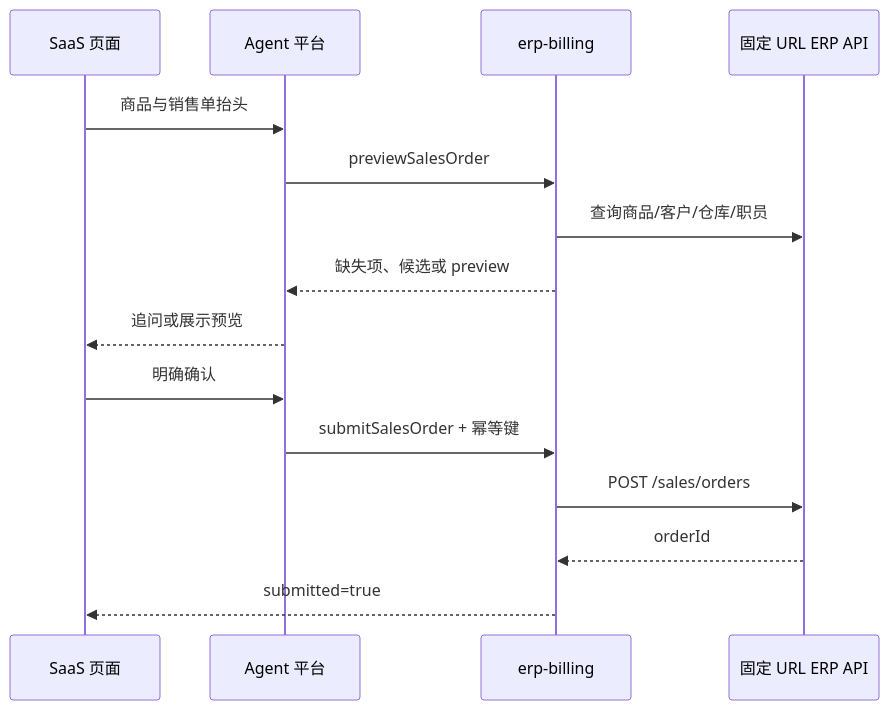
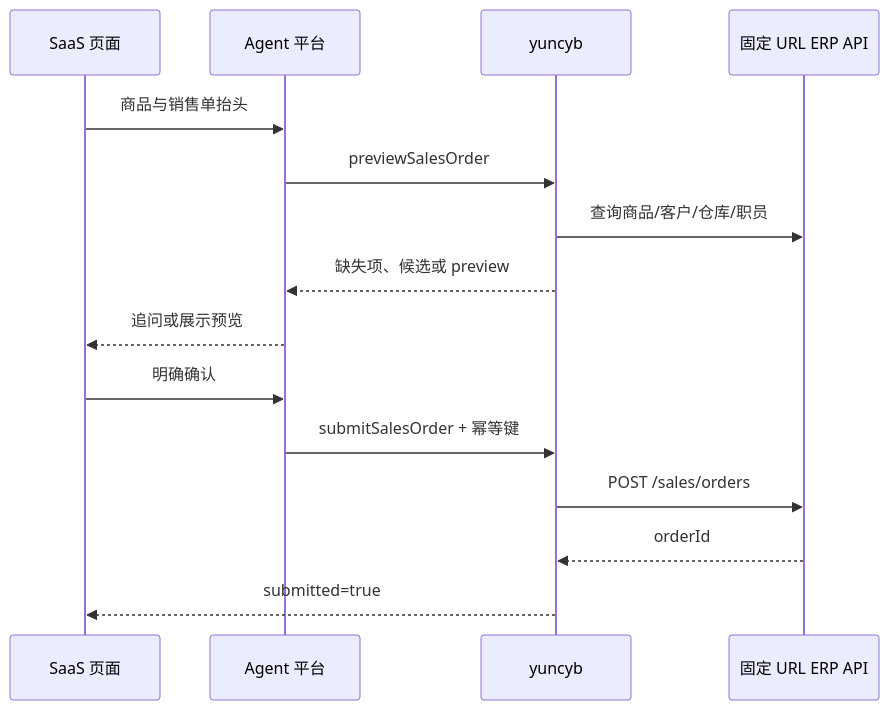
The diagram in docs/architecture/saas-mcp-integration.md (757607106/gjp-cyb-mcp), drawn with Mermaid before and after one commit. The commit also changed other lines of this file and 124 other files, not shown here.

Commit message:
统一云创业版 MCP 技术命名为 yuncyb

````diff
--- a/docs/architecture/saas-mcp-integration.md
+++ b/docs/architecture/saas-mcp-integration.md
@@ -31,18 +31,18 @@
 ```mermaid
 sequenceDiagram
     participant UI as SaaS 页面
     participant Agent as Agent 平台
-    participant MCP as erp-billing
+    participant MCP as yuncyb
     participant ERP as 固定 URL ERP API
 
     UI->>Agent: 商品与销售单抬头
     Agent->>MCP: previewSalesOrder
     MCP->>ERP: 查询商品/客户/仓库/职员
     MCP-->>Agent: 缺失项、候选或 preview
     Agent-->>UI: 追问或展示预览
     UI->>Agent: 明确确认
     Agent->>MCP: submitSalesOrder + 幂等键
     MCP->>ERP: POST /sales/orders
     ERP-->>MCP: orderId
     MCP-->>UI: submitted=true
 ```
````
